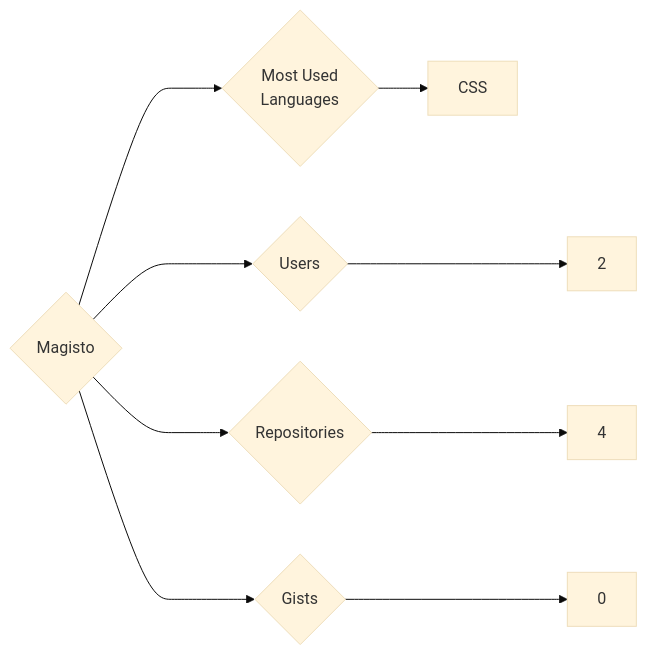
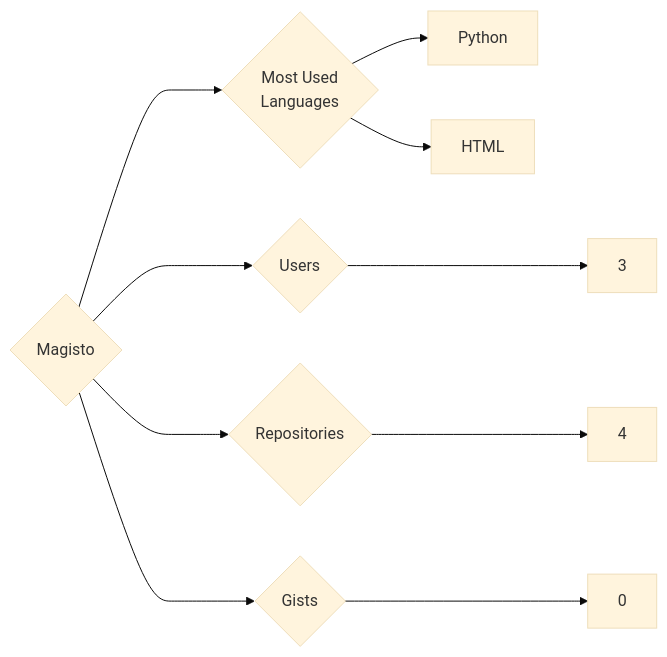
One commit to trickest/insiders changed the diagram in targets/Magisto/README.md. Above: the diagram before and after it, drawn with Mermaid (base theme). The commit also changed 916 other files, not shown here.

````diff
--- a/targets/Magisto/README.md
+++ b/targets/Magisto/README.md
@@ -3,9 +3,10 @@
 ```mermaid
 graph LR
 COMPANY_NAME{Magisto}
-COMPANY_NAME ---> U{Users} ---> UN[2]
+COMPANY_NAME ---> U{Users} ---> UN[3]
 COMPANY_NAME ---> R{Repositories} ---> RN[4]
 COMPANY_NAME ---> G{Gists} ---> GN[0]
 COMPANY_NAME ---> ML{Most Used<br>Languages}
-ML --> CSS[CSS]
+ML --> Python[Python]
+ML --> HTML[HTML]
 ```
````
